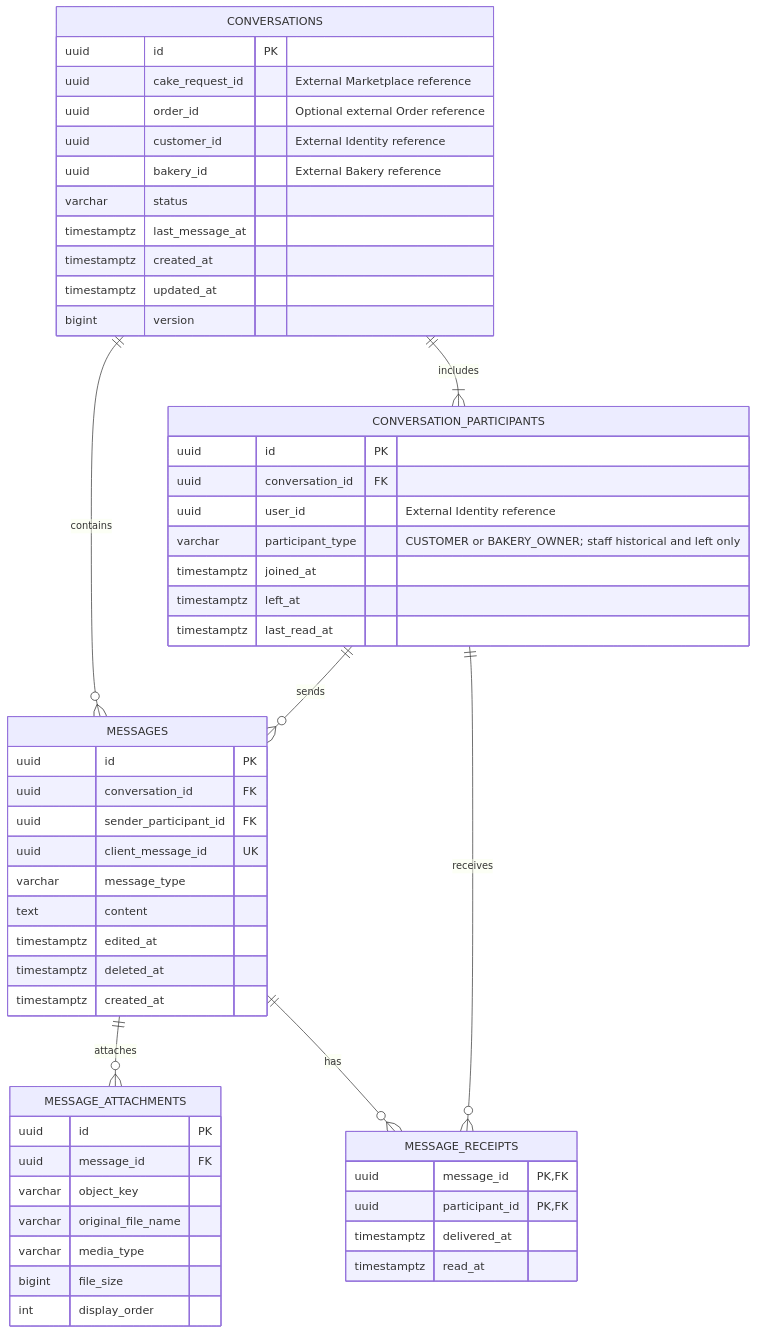
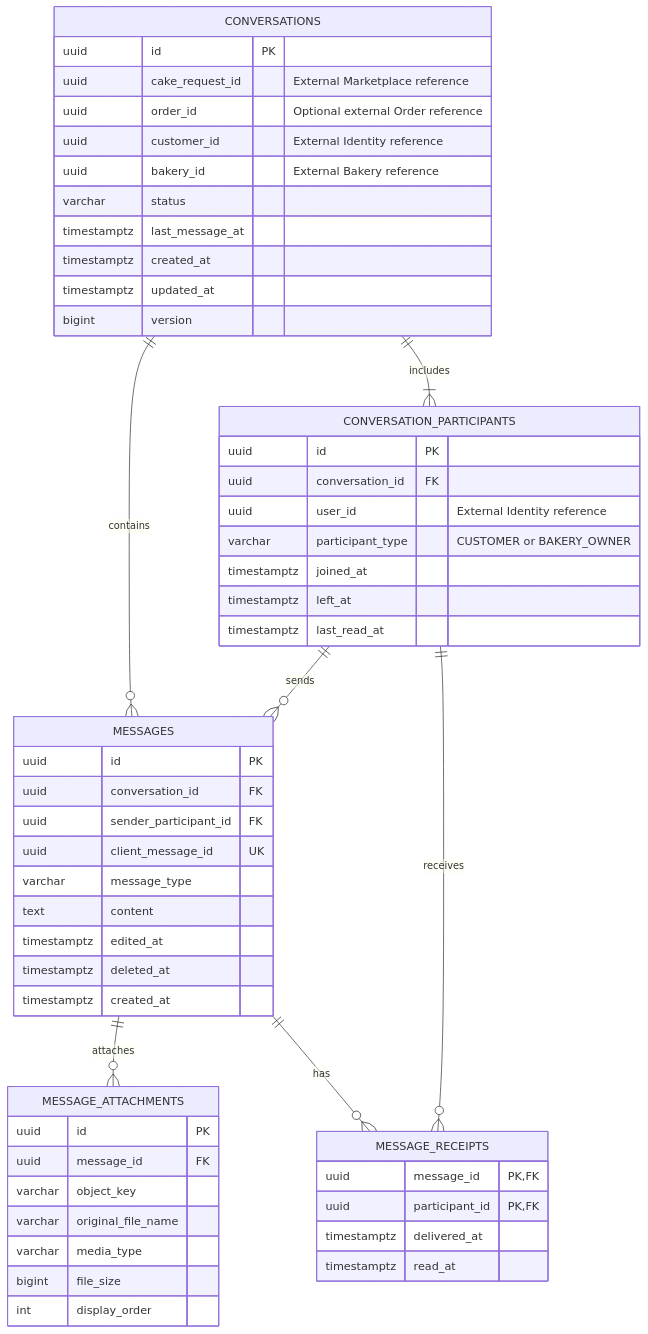
One commit to leminhkhoi-james/Bakery-Platform changed the diagram in docs/erd/05-chat-service-logical.mmd. Above: the diagram before and after it, drawn with Mermaid. The commit also changed 72 other files, not shown here.

Commit message:
Remove legacy staff/manager roles and migrate to owner-only authorization for platform, membership, and service layers.

```diff
--- a/docs/erd/05-chat-service-logical.mmd
+++ b/docs/erd/05-chat-service-logical.mmd
@@ -1,59 +1,59 @@
 erDiagram
     CONVERSATIONS {
         uuid id PK
         uuid cake_request_id "External Marketplace reference"
         uuid order_id "Optional external Order reference"
         uuid customer_id "External Identity reference"
         uuid bakery_id "External Bakery reference"
         varchar status
         timestamptz last_message_at
         timestamptz created_at
         timestamptz updated_at
         bigint version
     }
 
     CONVERSATION_PARTICIPANTS {
         uuid id PK
         uuid conversation_id FK
         uuid user_id "External Identity reference"
-        varchar participant_type "CUSTOMER or BAKERY_OWNER; staff historical and left only"
+        varchar participant_type "CUSTOMER or BAKERY_OWNER"
         timestamptz joined_at
         timestamptz left_at
         timestamptz last_read_at
     }
 
     MESSAGES {
         uuid id PK
         uuid conversation_id FK
         uuid sender_participant_id FK
         uuid client_message_id UK
         varchar message_type
         text content
         timestamptz edited_at
         timestamptz deleted_at
         timestamptz created_at
     }
 
     MESSAGE_ATTACHMENTS {
         uuid id PK
         uuid message_id FK
         varchar object_key
         varchar original_file_name
         varchar media_type
         bigint file_size
         int display_order
     }
 
     MESSAGE_RECEIPTS {
         uuid message_id PK, FK
         uuid participant_id PK, FK
         timestamptz delivered_at
         timestamptz read_at
     }
 
     CONVERSATIONS ||--|{ CONVERSATION_PARTICIPANTS : includes
     CONVERSATIONS ||--o{ MESSAGES : contains
     CONVERSATION_PARTICIPANTS ||--o{ MESSAGES : sends
     MESSAGES ||--o{ MESSAGE_ATTACHMENTS : attaches
     MESSAGES ||--o{ MESSAGE_RECEIPTS : has
     CONVERSATION_PARTICIPANTS ||--o{ MESSAGE_RECEIPTS : receives
```
